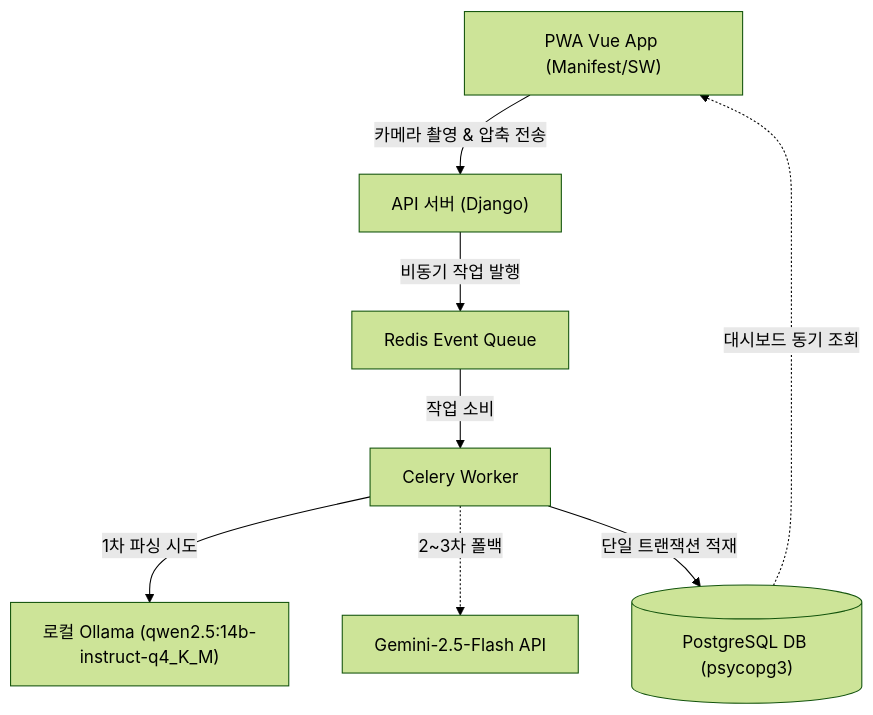
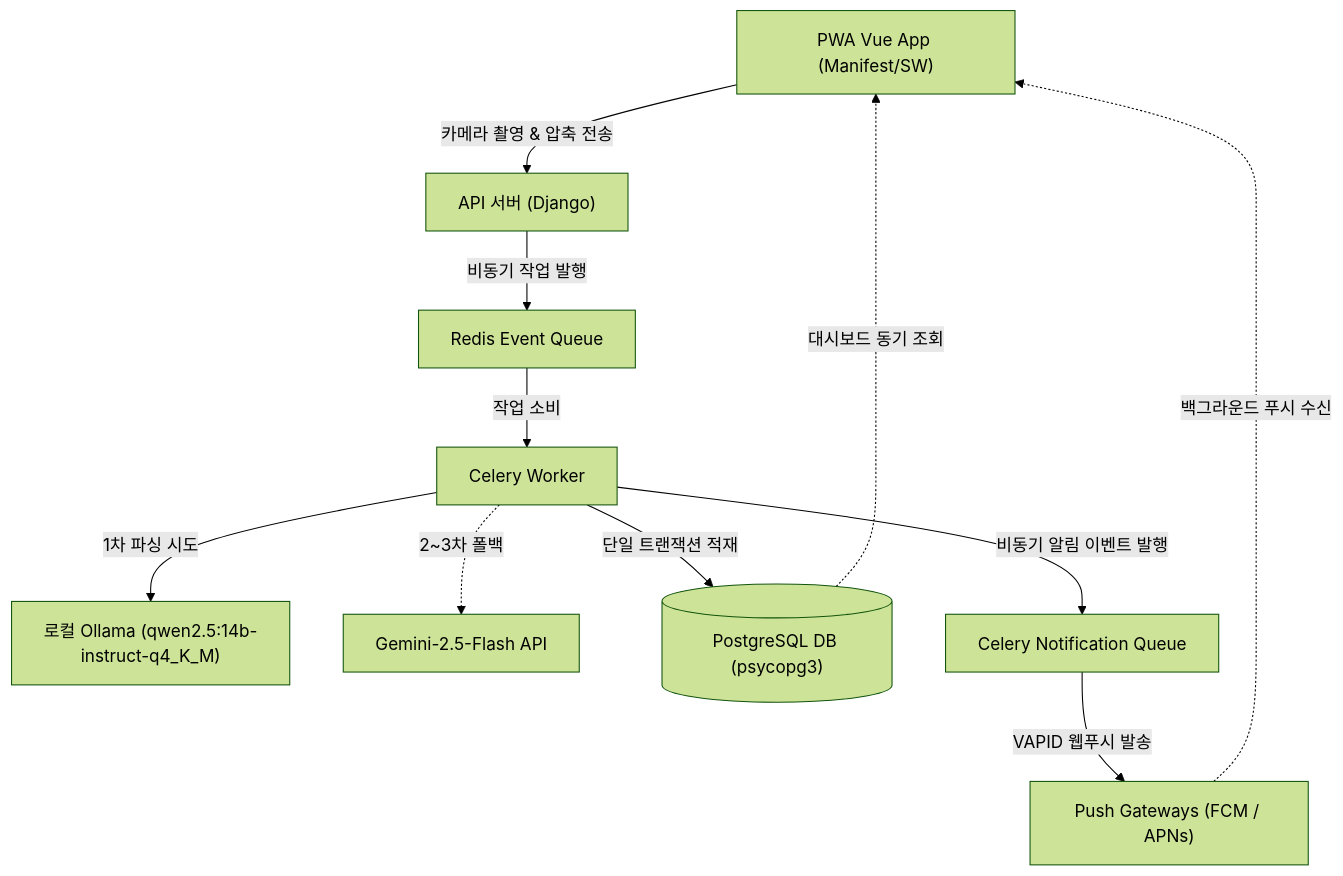
One commit to beyondVS/ai-ledger-automation changed the diagram in README.md. Above: the diagram before and after it, drawn with Mermaid (forest theme). The commit also changed other lines of this file, not shown here.

Commit message:
docs: VAPID 웹 푸시 알림 비동기 파이프라인 아키텍처 및 핵심 가치 README 최신화

````diff
--- a/README.md
+++ b/README.md
@@ -21,10 +22,13 @@
 ```mermaid
 graph TD
     UI["PWA Vue App (Manifest/SW)"] -->|카메라 촬영 & 압축 전송| API_Server["API 서버 (Django)"]
     API_Server -->|비동기 작업 발행| Redis["Redis Event Queue"]
     Redis -->|작업 소비| Celery["Celery Worker"]
     Celery -->|1차 파싱 시도| Ollama["로컬 Ollama (qwen2.5:14b-instruct-q4_K_M)"]
     Celery -.->|2~3차 폴백| Gemini["Gemini-2.5-Flash API"]
     Celery -->|단일 트랜잭션 적재| DB[("PostgreSQL DB (psycopg3)")]
+    Celery -->|비동기 알림 이벤트 발행| NotificationQueue["Celery Notification Queue"]
+    NotificationQueue -->|VAPID 웹푸시 발송| Gateways["Push Gateways (FCM / APNs)"]
+    Gateways -.->|백그라운드 푸시 수신| UI
     DB -.->|대시보드 동기 조회| UI
 ```
````
